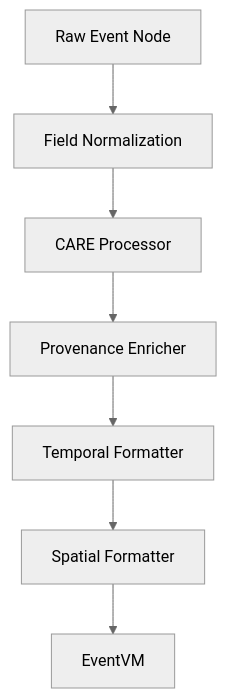
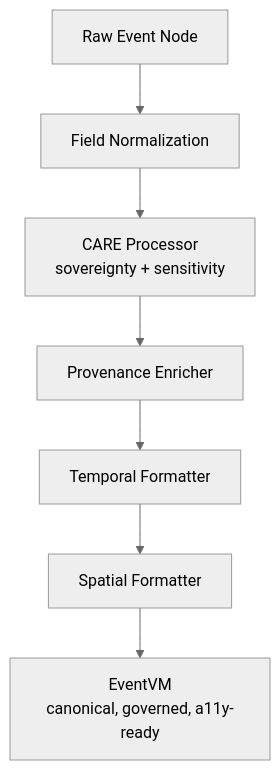
The fourth of 5 diagrams in web/src/entities/events/README.md (bartytime4life/Kansas-Frontier-Matrix), drawn with Mermaid (neutral theme) before and after one commit. The commit also changed other lines of this file, not shown here.

````diff
--- a/web/src/entities/events/README.md
+++ b/web/src/entities/events/README.md
@@ -190,9 +297,9 @@
-```mermaid
+~~~mermaid
 flowchart TD
     EN["Raw Event Node"] --> CLEAN["Field Normalization"]
-    CLEAN --> CAREPROC["CARE Processor"]
+    CLEAN --> CAREPROC["CARE Processor<br/>sovereignty + sensitivity"]
     CAREPROC --> PROV["Provenance Enricher"]
     PROV --> TEMP["Temporal Formatter"]
     TEMP --> SPAT["Spatial Formatter"]
-    SPAT --> FINAL["EventVM"]
-```
+    SPAT --> FINAL["EventVM<br/>canonical, governed, a11y-ready"]
+~~~
````
